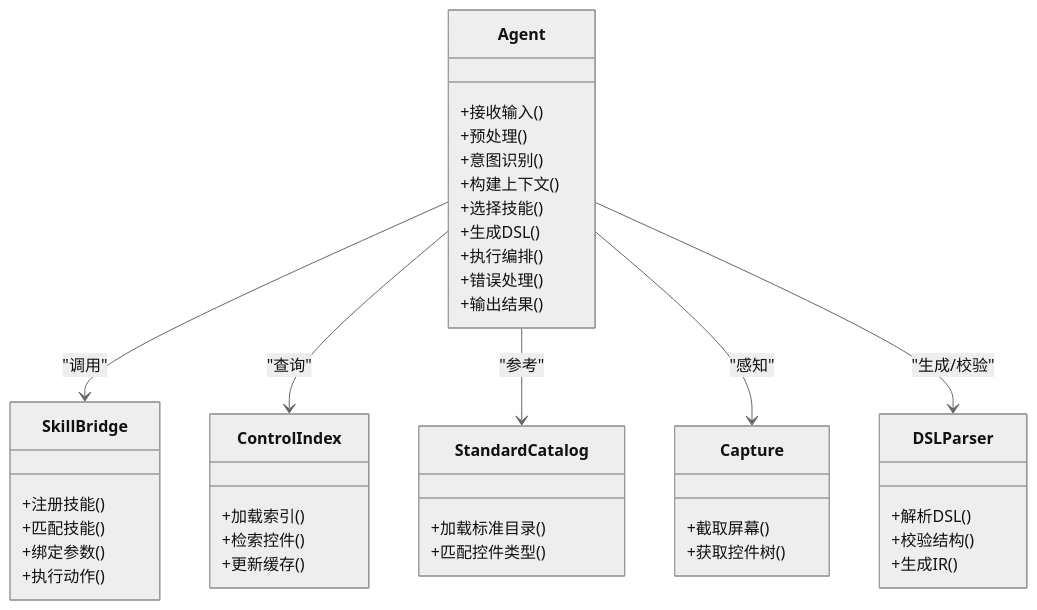
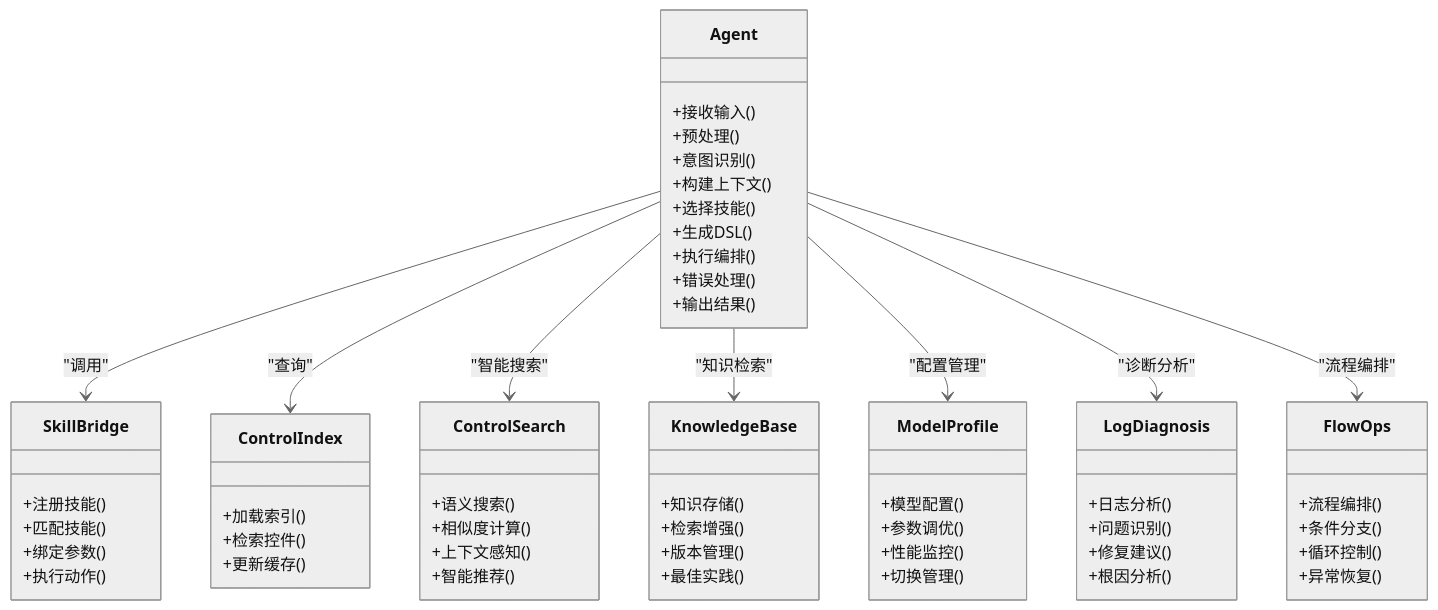
The third of 7 diagrams in .qoder/repowiki/zh/content/AI辅助系统/AI辅助系统.md (hanago33/WT_Automation), drawn with Mermaid (neutral theme) before and after one commit. The commit also changed other lines of this file and 220 other files, not shown here.

````diff
--- a/.qoder/repowiki/zh/content/AI辅助系统/AI辅助系统.md
+++ b/.qoder/repowiki/zh/content/AI辅助系统/AI辅助系统.md
@@ -183,43 +249,62 @@
 ```mermaid
 classDiagram
 class Agent {
 +接收输入()
 +预处理()
 +意图识别()
 +构建上下文()
 +选择技能()
 +生成DSL()
 +执行编排()
 +错误处理()
 +输出结果()
 }
 class SkillBridge {
 +注册技能()
 +匹配技能()
 +绑定参数()
 +执行动作()
 }
 class ControlIndex {
 +加载索引()
 +检索控件()
 +更新缓存()
 }
-class StandardCatalog {
-+加载标准目录()
-+匹配控件类型()
+class ControlSearch {
++语义搜索()
++相似度计算()
++上下文感知()
++智能推荐()
 }
-class Capture {
-+截取屏幕()
-+获取控件树()
+class KnowledgeBase {
++知识存储()
++检索增强()
++版本管理()
++最佳实践()
 }
-class DSLParser {
-+解析DSL()
-+校验结构()
-+生成IR()
+class ModelProfile {
++模型配置()
++参数调优()
++性能监控()
++切换管理()
+}
+class LogDiagnosis {
++日志分析()
++问题识别()
++修复建议()
++根因分析()
+}
+class FlowOps {
++流程编排()
++条件分支()
++循环控制()
++异常恢复()
 }
 Agent --> SkillBridge : "调用"
 Agent --> ControlIndex : "查询"
-Agent --> StandardCatalog : "参考"
-Agent --> Capture : "感知"
-Agent --> DSLParser : "生成/校验"
+Agent --> ControlSearch : "智能搜索"
+Agent --> KnowledgeBase : "知识检索"
+Agent --> ModelProfile : "配置管理"
+Agent --> LogDiagnosis : "诊断分析"
+Agent --> FlowOps : "流程编排"
 ```
````
